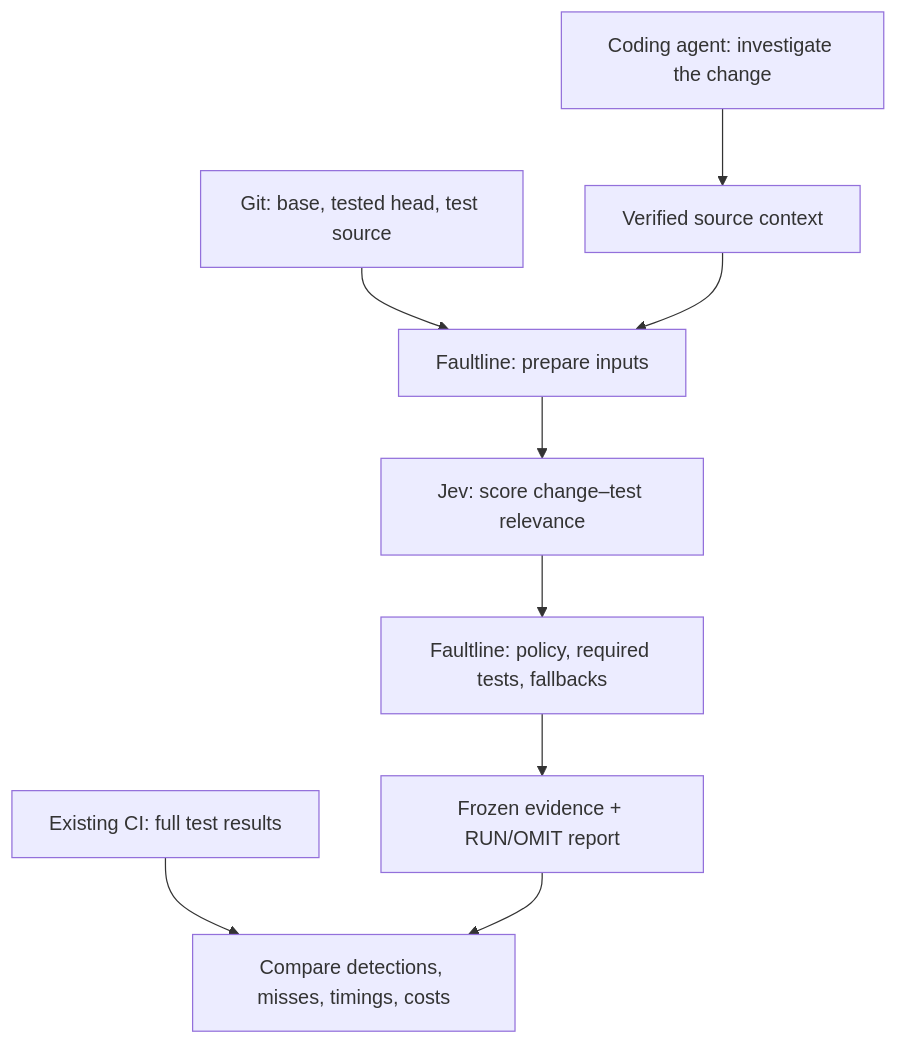
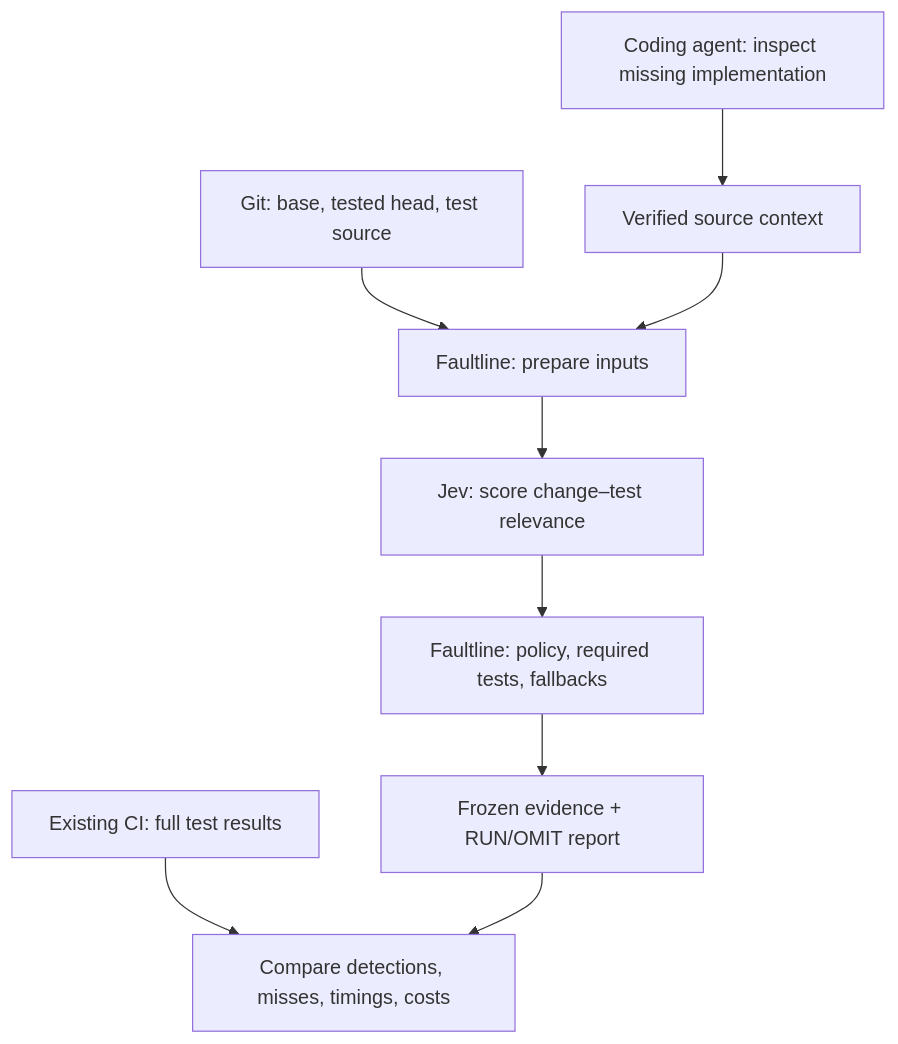
Before and after one commit to ronaldtebrake/faultline: the diagram in docs/architecture.md, drawn with Mermaid. The commit also changed other lines of this file and 12 other files, not shown here.

````diff
--- a/docs/architecture.md
+++ b/docs/architecture.md
@@ -5,11 +5,11 @@
 ```mermaid
 flowchart TD
     GIT["Git: base, tested head, test source"] --> ENGINE["Faultline: prepare inputs"]
-    AGENT["Coding agent: investigate the change"] --> CONTEXT["Verified source context"]
+    AGENT["Coding agent: inspect missing implementation"] --> CONTEXT["Verified source context"]
     CONTEXT --> ENGINE
     ENGINE --> JEV["Jev: score change–test relevance"]
     JEV --> POLICY["Faultline: policy, required tests, fallbacks"]
     POLICY --> REPORT["Frozen evidence + RUN/OMIT report"]
     CI["Existing CI: full test results"] --> REVIEW["Compare detections, misses, timings, costs"]
     REPORT --> REVIEW
 ```
````
